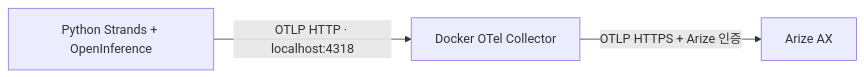
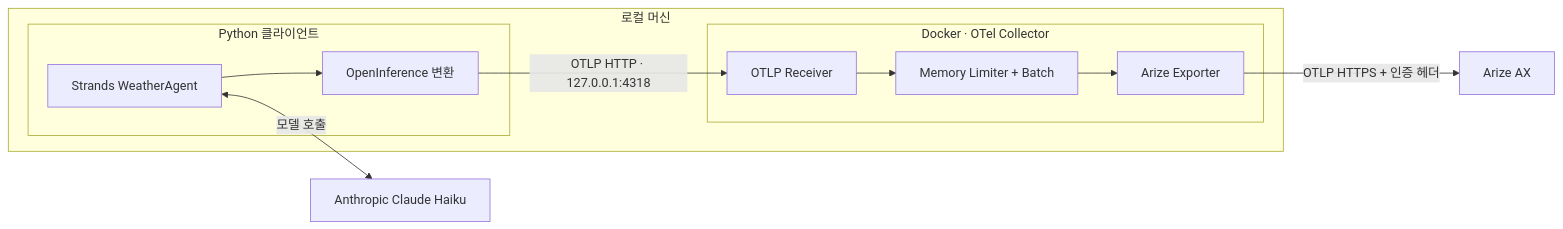
The diagram in README.md (seanlee10/arize-strand-via-otel), drawn with Mermaid before and after one commit. The commit also changed other lines of this file, not shown here.

Commit message:
Document setup, architecture, and Collector tracing workflow

````diff
--- a/README.md
+++ b/README.md
@@ -6,5 +11,17 @@
 ```mermaid
 flowchart LR
-    A["Python Strands + OpenInference"] -->|"OTLP HTTP · localhost:4318"| B["Docker OTel Collector"]
-    B -->|"OTLP HTTPS + Arize 인증"| C["Arize AX"]
+    subgraph Local["로컬 머신"]
+        subgraph Python["Python 클라이언트"]
+            Agent["Strands WeatherAgent"]
+            OI["OpenInference 변환"]
+            Agent --> OI
+        end
+        subgraph Docker["Docker · OTel Collector"]
+            Receiver["OTLP Receiver"] --> Processors["Memory Limiter + Batch"]
+            Processors --> Exporter["Arize Exporter"]
+        end
+        OI -->|"OTLP HTTP · 127.0.0.1:4318"| Receiver
+    end
+    Agent <-->|"모델 호출"| Claude["Anthropic Claude Haiku"]
+    Exporter -->|"OTLP HTTPS + 인증 헤더"| Arize["Arize AX"]
 ```
````
